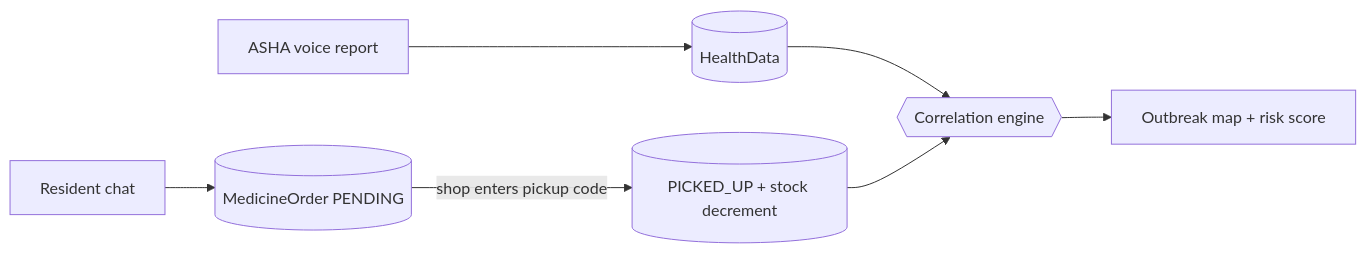
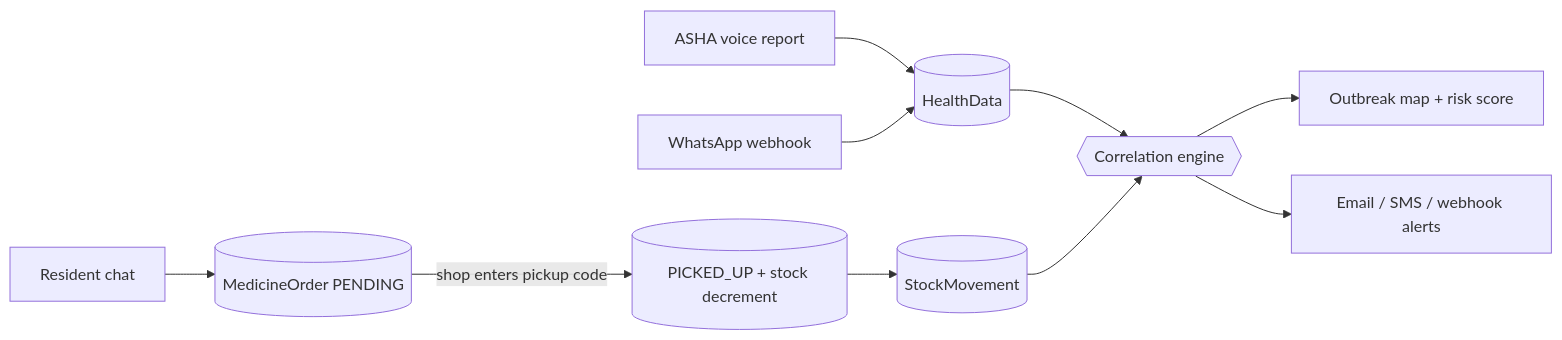
Before and after one commit to sumitsingh24k/Health_Jansetu: the diagram in SYSTEM_ARCHITECTURE.md, drawn with Mermaid. The commit also changed other lines of this file and 1 other file, not shown here.

First line of the commit message:
Bring the architecture doc back in line with the code

````diff
--- a/SYSTEM_ARCHITECTURE.md
+++ b/SYSTEM_ARCHITECTURE.md
@@ -18,9 +19,12 @@
 ```mermaid
 flowchart LR
   ASHA["ASHA voice report"] --> HD[("HealthData")]
+  WA["WhatsApp webhook"] --> HD
   USER["Resident chat"] --> ORD[("MedicineOrder PENDING")]
   ORD -->|shop enters pickup code| PICK[("PICKED_UP + stock decrement")]
+  PICK --> LEDGER[("StockMovement")]
   HD --> CORR{{"Correlation engine"}}
-  PICK --> CORR
+  LEDGER --> CORR
   CORR --> MAP["Outbreak map + risk score"]
+  CORR --> NOTIF["Email / SMS / webhook alerts"]
 ```
````
